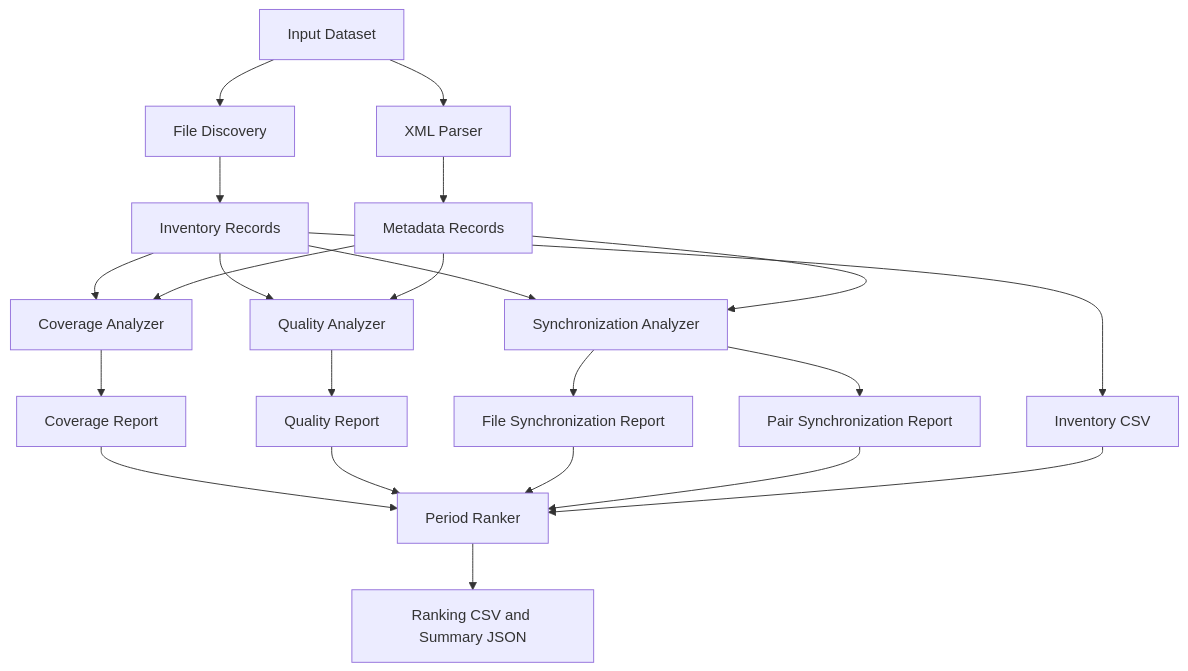
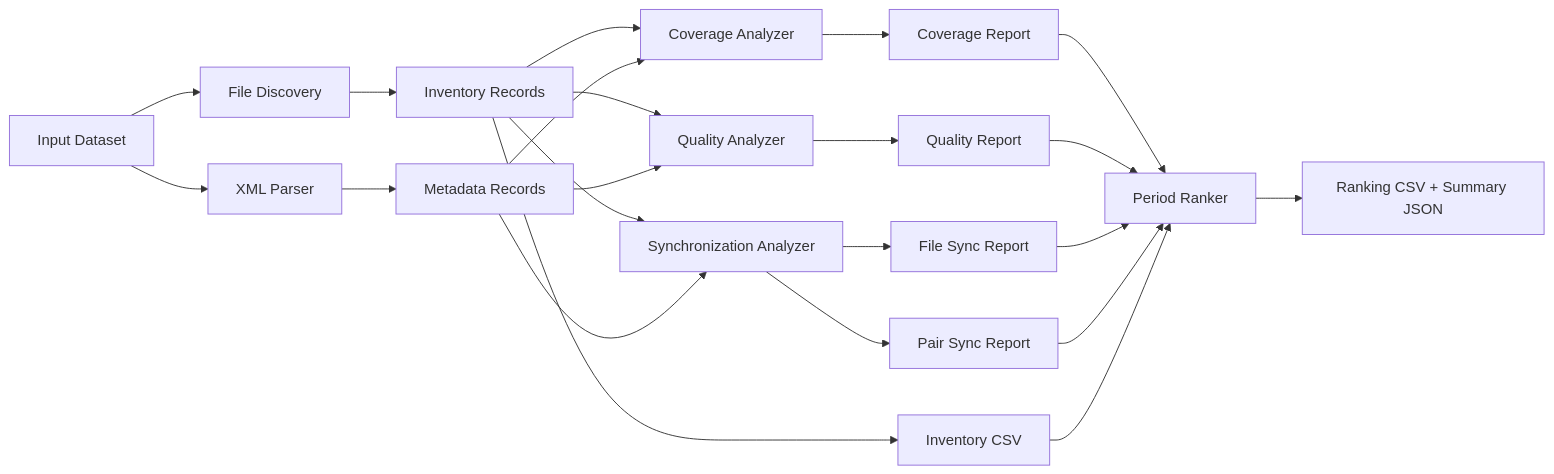
Before and after one commit to AASH010/MEDA-Data-Research-Period-Analyzer-MDRPA: the second of 2 diagrams in docs/analyzer_documentation.md, drawn with Mermaid. The commit also changed other lines of this file and 8 other files, not shown here.

````diff
--- a/docs/analyzer_documentation.md
+++ b/docs/analyzer_documentation.md
@@ -807,24 +634,27 @@
 ```mermaid
-flowchart TD
-    A[Input Dataset] --> B[File Discovery]
-    A --> C[XML Parser]
-    B --> D[Inventory Records]
-    C --> E[Metadata Records]
-    D --> F[Coverage Analyzer]
-    E --> F
-    D --> G[Quality Analyzer]
-    E --> G
-    D --> H[Synchronization Analyzer]
-    E --> H
-    F --> I[Coverage Report]
-    G --> J[Quality Report]
-    H --> K[File Synchronization Report]
-    H --> L[Pair Synchronization Report]
-    D --> M[Inventory CSV]
-    I --> N[Period Ranker]
-    J --> N
-    K --> N
-    L --> N
-    M --> N
-    N --> O[Ranking CSV and Summary JSON]
+flowchart LR
+    DS[Input Dataset] --> FD[File Discovery]
+    DS --> XP[XML Parser]
+    FD --> INV[Inventory Records]
+    XP --> META[Metadata Records]
+
+    INV --> COV[Coverage Analyzer]
+    INV --> QUA[Quality Analyzer]
+    INV --> SYN[Synchronization Analyzer]
+    META --> COV
+    META --> QUA
+    META --> SYN
+
+    COV --> CR[Coverage Report]
+    QUA --> QR[Quality Report]
+    SYN --> SF[File Sync Report]
+    SYN --> SP[Pair Sync Report]
+    INV --> INVCSV[Inventory CSV]
+
+    CR --> PR[Period Ranker]
+    QR --> PR
+    SF --> PR
+    SP --> PR
+    INVCSV --> PR
+    PR --> OUT[Ranking CSV + Summary JSON]
 ```
````
